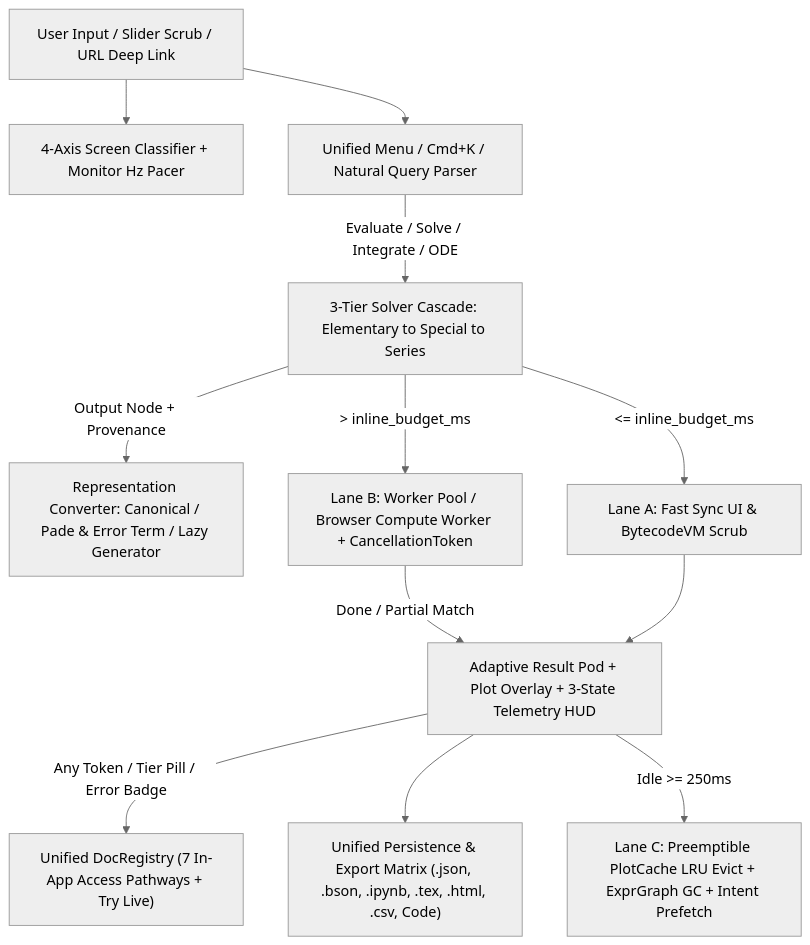
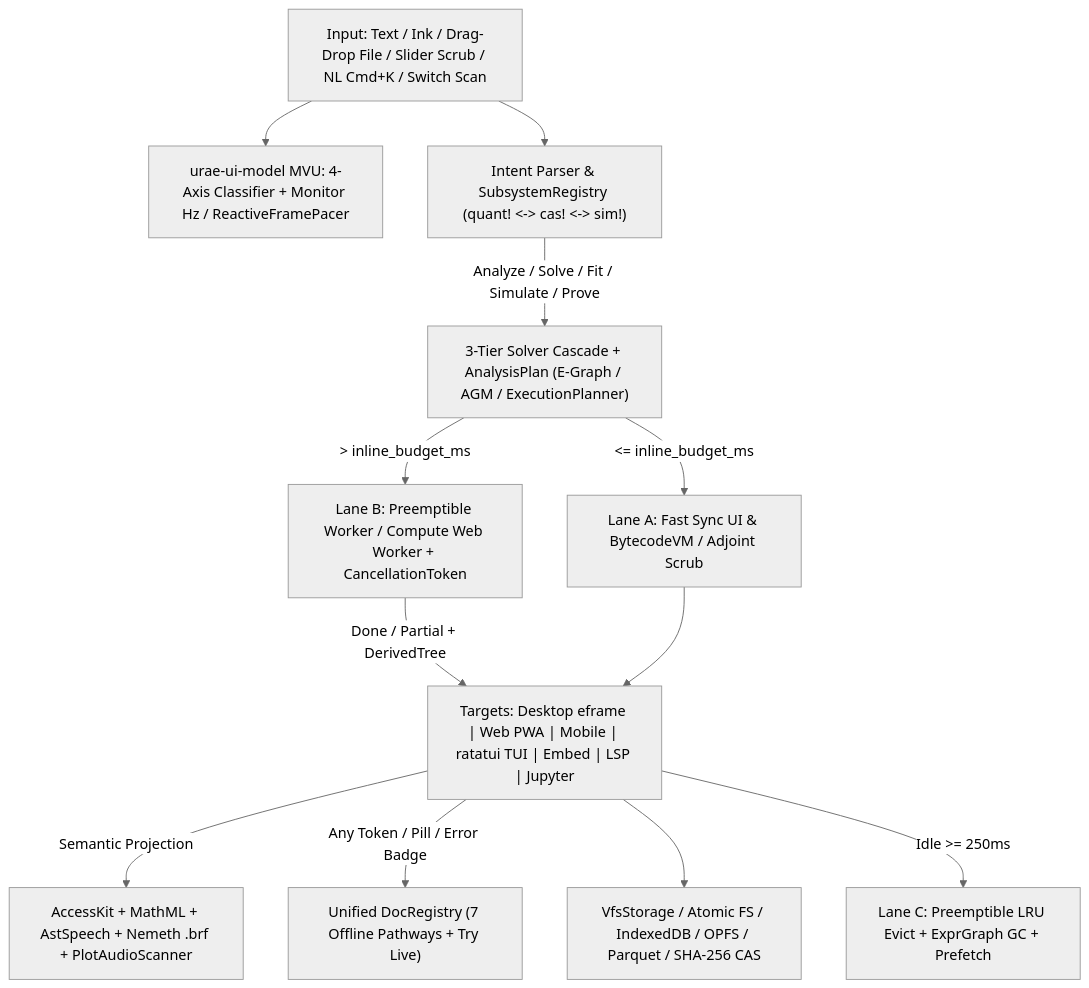
The first of 6 diagrams in docs/GUI_DESIGN_PLAN.md (Flaming-Chicken/algebra-engine), drawn with Mermaid (neutral theme) before and after one commit. The commit also changed other lines of this file and 3 other files, not shown here.

First line of the commit message:
docs: reconcile the audit extension, the architecture plan and the ledger; restate priorities

````diff
--- a/docs/GUI_DESIGN_PLAN.md
+++ b/docs/GUI_DESIGN_PLAN.md
@@ -72,14 +64,14 @@
 ```mermaid
 flowchart TD
-    In["User Input / Slider Scrub / URL Deep Link"] --> Cls["4-Axis Screen Classifier + Monitor Hz Pacer"]
-    In --> Router["Unified Menu / Cmd+K / Natural Query Parser"]
-    Router -->|"Evaluate / Solve / Integrate / ODE"| Tiers["3-Tier Solver Cascade: Elementary to Special to Series"]
-    Tiers -->|"Output Node + Provenance"| Conv["Representation Converter: Canonical / Pade & Error Term / Lazy Generator"]
-    Tiers -->|"<= inline_budget_ms"| LaneA["Lane A: Fast Sync UI & BytecodeVM Scrub"]
-    Tiers -->|"> inline_budget_ms"| LaneB["Lane B: Worker Pool / Browser Compute Worker + CancellationToken"]
-    LaneB -->|"Done / Partial Match"| UIOut["Adaptive Result Pod + Plot Overlay + 3-State Telemetry HUD"]
-    LaneA --> UIOut
-    UIOut -->|"Any Token / Tier Pill / Error Badge"| Docs["Unified DocRegistry (7 In-App Access Pathways + Try Live)"]
-    UIOut --> Persist["Unified Persistence & Export Matrix (.json, .bson, .ipynb, .tex, .html, .csv, Code)"]
-    UIOut -->|"Idle >= 250ms"| LaneC["Lane C: Preemptible PlotCache LRU Evict + ExprGraph GC + Intent Prefetch"]
+    In["Input: Text / Ink / Drag-Drop File / Slider Scrub / NL Cmd+K / Switch Scan"] --> Cls["urae-ui-model MVU: 4-Axis Classifier + Monitor Hz / ReactiveFramePacer"]
+    In --> Router["Intent Parser & SubsystemRegistry (quant! <-> cas! <-> sim!)"]
+    Router -->|"Analyze / Solve / Fit / Simulate / Prove"| Tiers["3-Tier Solver Cascade + AnalysisPlan (E-Graph / AGM / ExecutionPlanner)"]
+    Tiers -->|"<= inline_budget_ms"| LaneA["Lane A: Fast Sync UI & BytecodeVM / Adjoint Scrub"]
+    Tiers -->|"> inline_budget_ms"| LaneB["Lane B: Preemptible Worker / Compute Web Worker + CancellationToken"]
+    LaneB -->|"Done / Partial + DerivedTree"| Out["Targets: Desktop eframe | Web PWA | Mobile | ratatui TUI | Embed | LSP | Jupyter"]
+    LaneA --> Out
+    Out -->|"Semantic Projection"| A11y["AccessKit + MathML + AstSpeech + Nemeth .brf + PlotAudioScanner"]
+    Out -->|"Any Token / Pill / Error Badge"| Docs["Unified DocRegistry (7 Offline Pathways + Try Live)"]
+    Out --> Persist["VfsStorage / Atomic FS / IndexedDB / OPFS / Parquet / SHA-256 CAS"]
+    Out -->|"Idle >= 250ms"| LaneC["Lane C: Preemptible LRU Evict + ExprGraph GC + Prefetch"]
 ```
````
